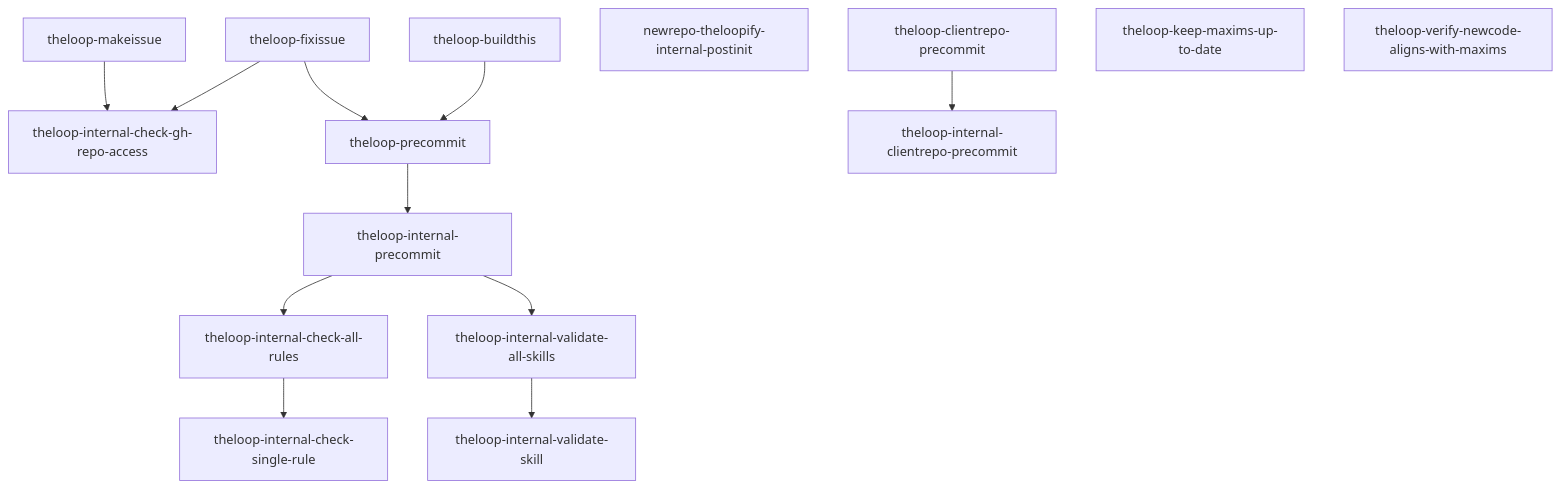
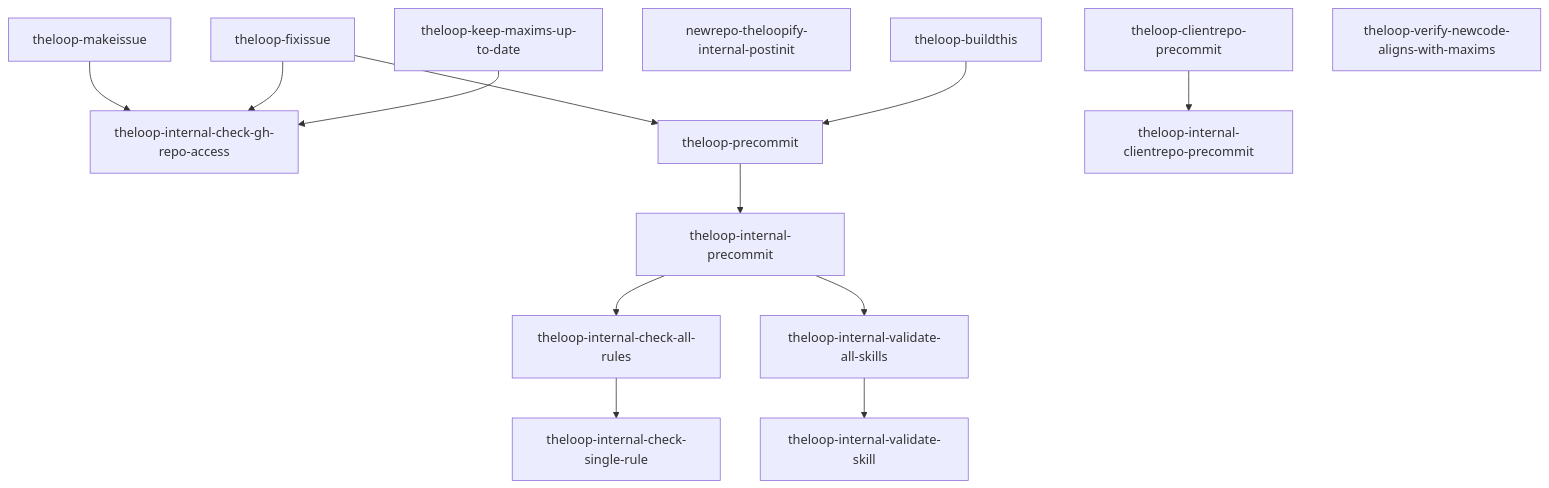
The diagram in .theloop/VIZ.md (dkorolev/theloop), drawn with Mermaid before and after one commit. The commit also changed other lines of this file and 3 other files, not shown here.

First line of the commit message:
theloop-keep-maxims-up-to-date: verify GitHub access before touching the repository

````diff
--- a/.theloop/VIZ.md
+++ b/.theloop/VIZ.md
@@ -44,17 +45,17 @@
 ```mermaid
 graph TD
     theloop-internal-check-gh-repo-access["theloop-internal-check-gh-repo-access"]
     theloop-makeissue["theloop-makeissue"] --> theloop-internal-check-gh-repo-access
     theloop-fixissue["theloop-fixissue"] --> theloop-internal-check-gh-repo-access
     theloop-fixissue --> theloop-precommit["theloop-precommit"]
     theloop-buildthis["theloop-buildthis"] --> theloop-precommit["theloop-precommit"]
     theloop-precommit --> theloop-internal-precommit["theloop-internal-precommit"]
     theloop-internal-precommit --> theloop-internal-check-all-rules["theloop-internal-check-all-rules"]
     theloop-internal-precommit --> theloop-internal-validate-all-skills["theloop-internal-validate-all-skills"]
     theloop-internal-check-all-rules --> theloop-internal-check-single-rule["theloop-internal-check-single-rule"]
     theloop-internal-validate-all-skills --> theloop-internal-validate-skill["theloop-internal-validate-skill"]
     newrepo-theloopify-internal-postinit["newrepo-theloopify-internal-postinit"]
     theloop-clientrepo-precommit["theloop-clientrepo-precommit"] --> theloop-internal-clientrepo-precommit["theloop-internal-clientrepo-precommit"]
-    theloop-keep-maxims-up-to-date["theloop-keep-maxims-up-to-date"]
+    theloop-keep-maxims-up-to-date["theloop-keep-maxims-up-to-date"] --> theloop-internal-check-gh-repo-access
     theloop-verify-newcode-aligns-with-maxims["theloop-verify-newcode-aligns-with-maxims"]
 ```
````
